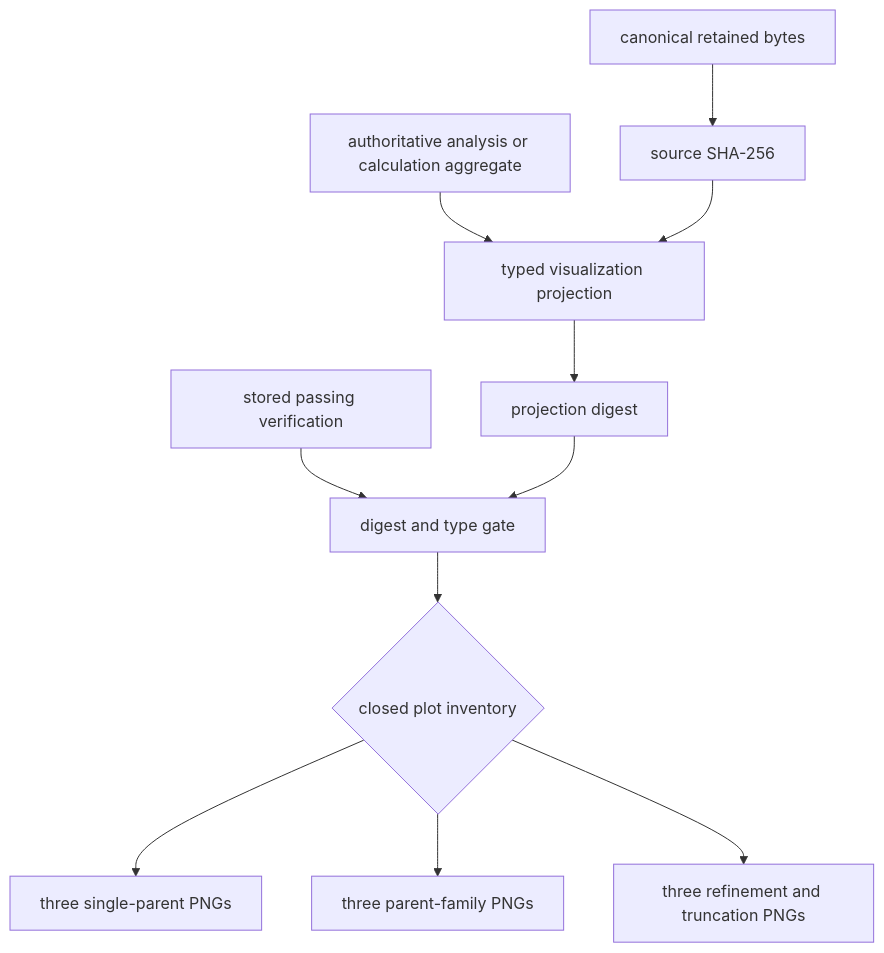
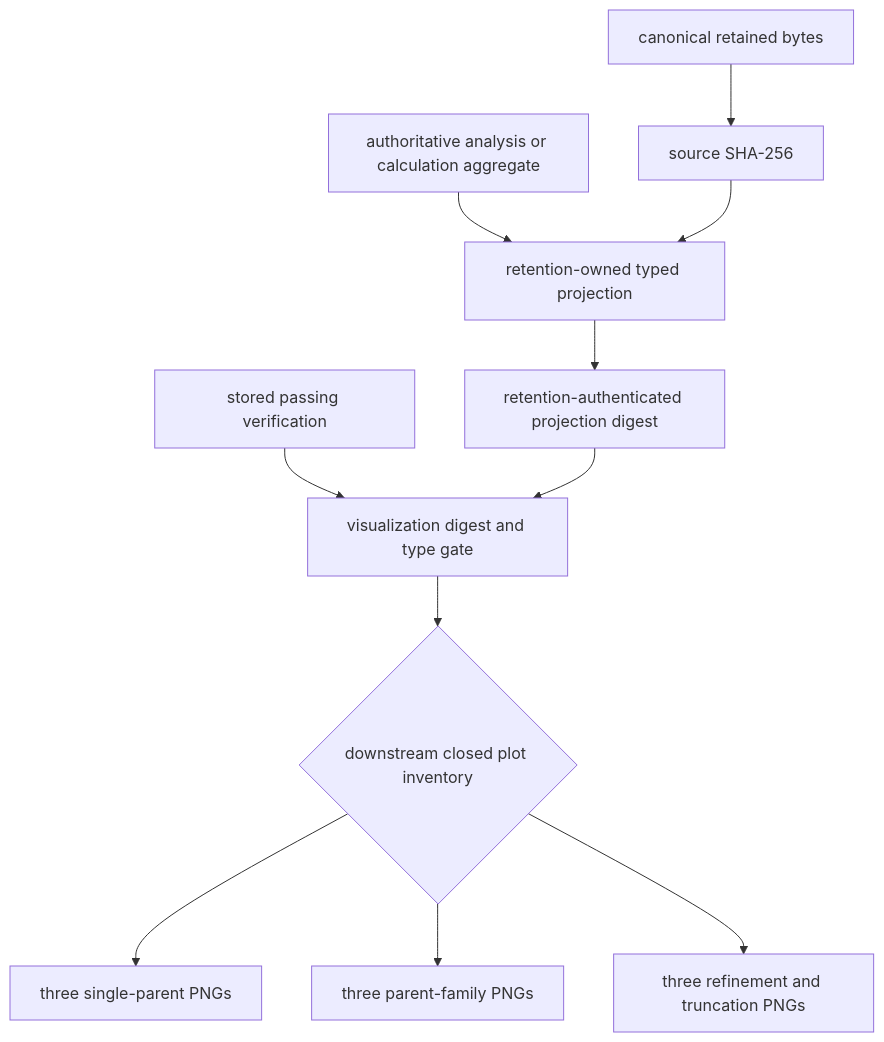
Before and after one commit to eragasa/ksdft2effmass: the diagram in docs/architecture/v3/ksdft2effmass/periodic1d/band_equivalence_locality/visualizations/schematics.md, drawn with Mermaid. The commit also changed 217 other files, not shown here.

````diff
--- a/docs/architecture/v3/ksdft2effmass/periodic1d/band_equivalence_locality/visualizations/schematics.md
+++ b/docs/architecture/v3/ksdft2effmass/periodic1d/band_equivalence_locality/visualizations/schematics.md
@@ -3,13 +3,13 @@
 ```mermaid
 flowchart TD
-    A[authoritative analysis or calculation aggregate] --> P[typed visualization projection]
+    A[authoritative analysis or calculation aggregate] --> P[retention-owned typed projection]
     B[canonical retained bytes] --> H[source SHA-256]
     H --> P
-    P --> D[projection digest]
-    V[stored passing verification] --> G[digest and type gate]
+    P --> D[retention-authenticated projection digest]
+    V[stored passing verification] --> G[visualization digest and type gate]
     D --> G
-    G --> I{closed plot inventory}
+    G --> I{downstream closed plot inventory}
     I --> S[three single-parent PNGs]
     I --> F[three parent-family PNGs]
     I --> C[three refinement and truncation PNGs]
 ```
````
